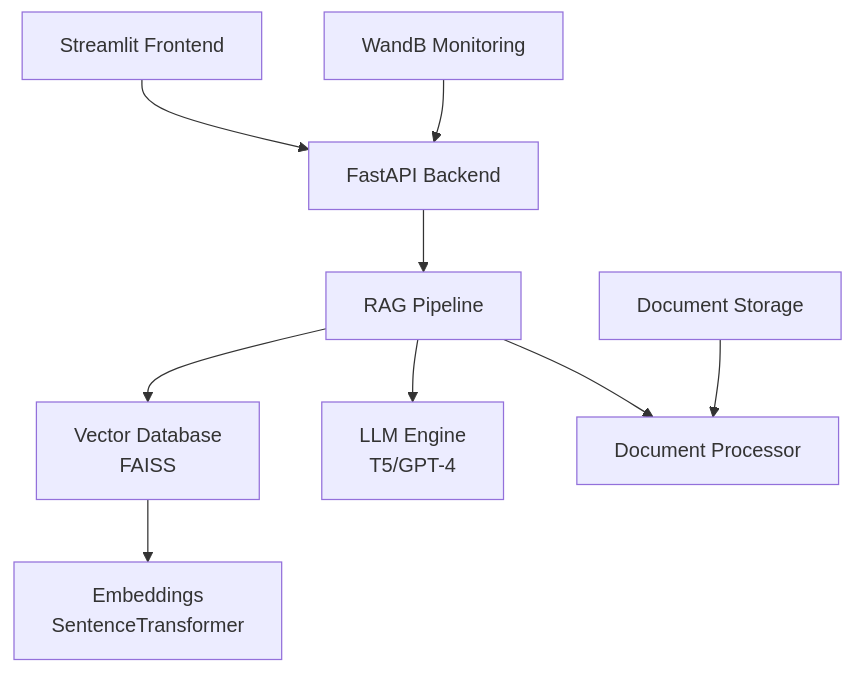
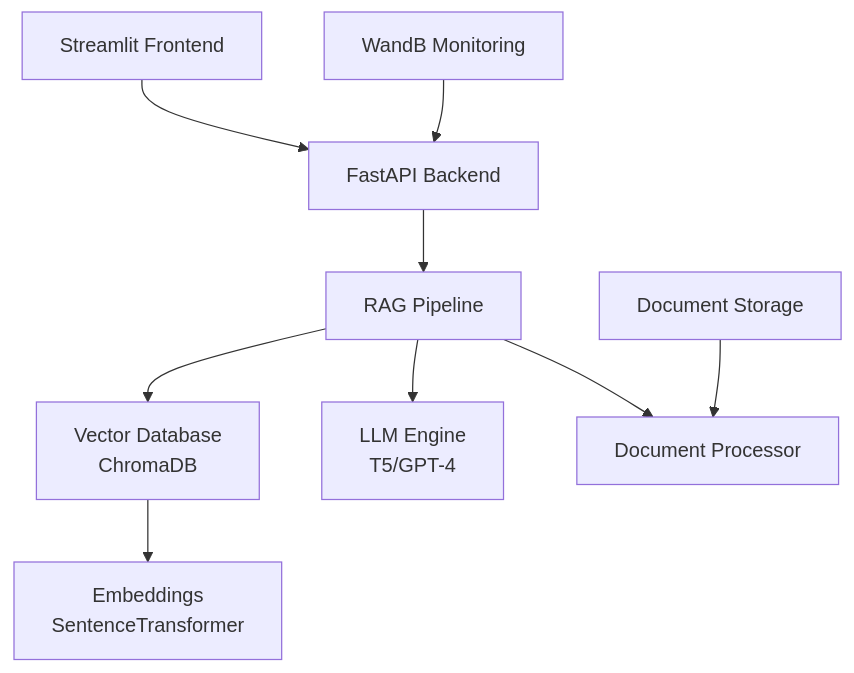
The diagram in README.md (Aashan47/Legal-Document-Assistant), drawn with Mermaid before and after one commit. The commit also changed other lines of this file and 30 other files, not shown here.

````diff
--- a/README.md
+++ b/README.md
@@ -44,11 +44,11 @@
 ```mermaid
 graph TB
     A[Streamlit Frontend] --> B[FastAPI Backend]
     B --> C[RAG Pipeline]
-    C --> D[Vector Database<br/>FAISS]
+    C --> D[Vector Database<br/>ChromaDB]
     C --> E[LLM Engine<br/>T5/GPT-4]
     C --> F[Document Processor]
     D --> G[Embeddings<br/>SentenceTransformer]
     H[WandB Monitoring] --> B
     I[Document Storage] --> F
 ```
````
